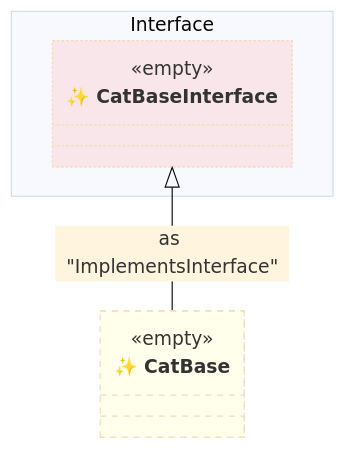
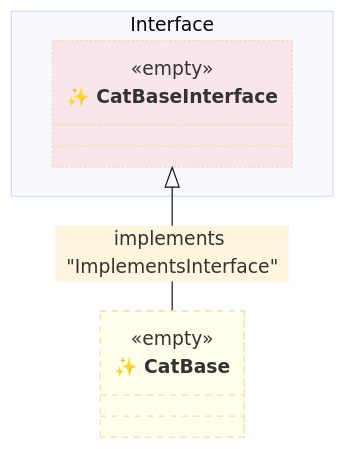
Before and after one commit to thecodecrate/python-pipeline: the fifth of 12 diagrams in tests/spec-001--class-composition-with-partial-classes.md, drawn with Mermaid (base theme). The commit also changed other lines of this file, not shown here.

````diff
--- a/tests/spec-001--class-composition-with-partial-classes.md
+++ b/tests/spec-001--class-composition-with-partial-classes.md
@@ -245,25 +245,25 @@
 ```mermaid
 classDiagram
     namespace Interface {
         class Interface1["✨ CatBaseInterface"] {
             <<empty>>
             %% Empty interface
         }
     }
 
     class Base["✨ CatBase"] {
         <<empty>>
         %% Empty class
     }
 
     %% Relationships
-    Interface1 <|-- Base : as "ImplementsInterface"
+    Interface1 <|-- Base : implements "ImplementsInterface"
 
     %% Apply Styles
     style Base fill:#ffff6020, stroke-dasharray: 5 5
     style Composed bugfix:#111, stroke-width:2px, font-weight: bold
     style Partial1 bugfix:#111, stroke-dasharray: 5 5
     style Partial2 bugfix:#111, stroke-dasharray: 5 5
     style Partial3 bugfix:#111, stroke-dasharray: 5 5
     style Interface1 fill:#ff606020, stroke-dasharray: 2 2
 ```
````
